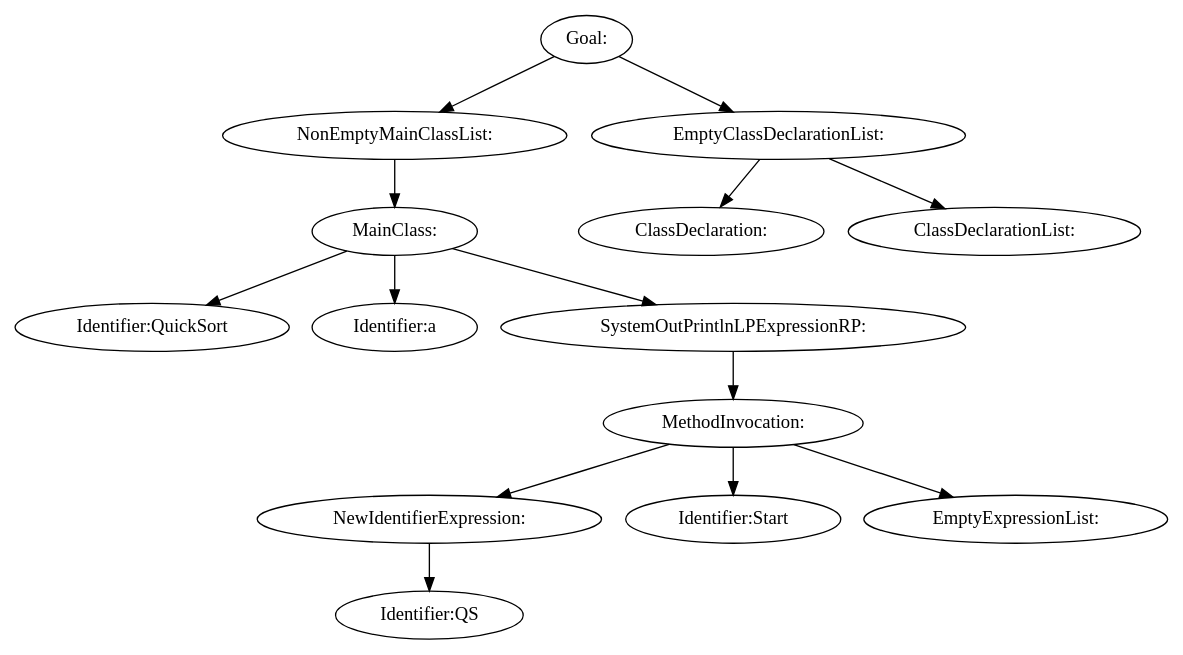
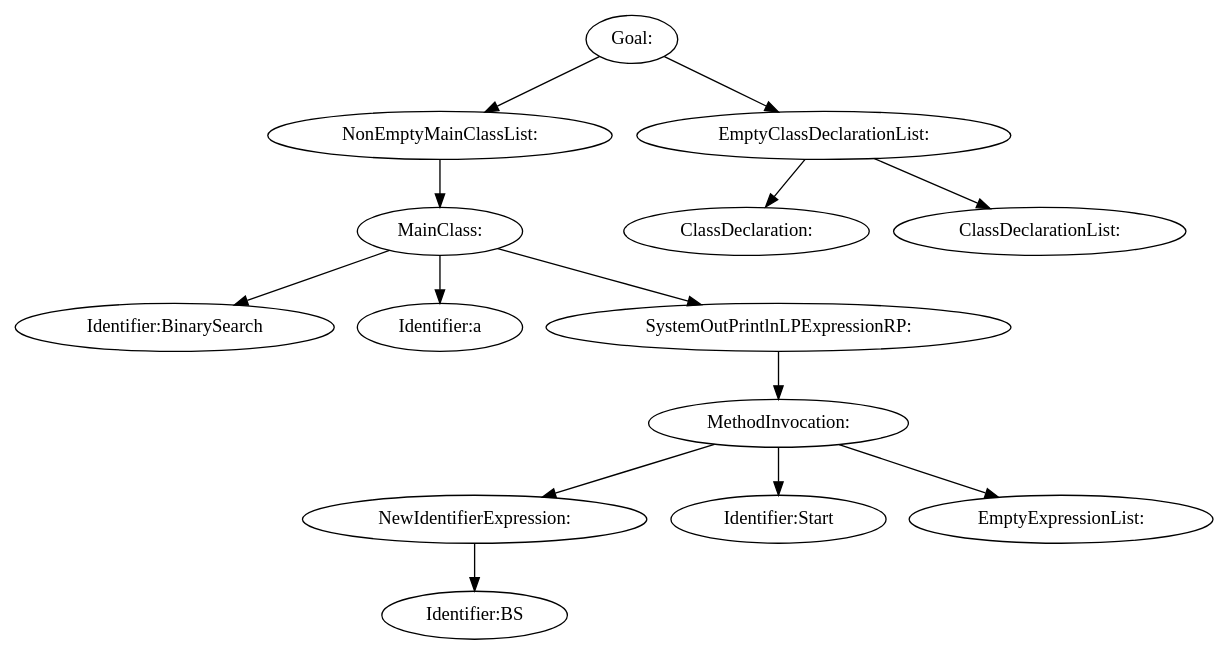
One commit to Kalbz/kompilator changed the diagram in tree.dot. Above: the diagram before and after it, drawn with Graphviz. The commit also changed 14 other files, not shown here.

```diff
--- a/tree.dot
+++ b/tree.dot
@@ -1,29 +1,29 @@
 digraph {
 n0 [label="Goal:"];
 n1 [label="NonEmptyMainClassList:"];
 n2 [label="MainClass:"];
-n3 [label="Identifier:QuickSort"];
+n3 [label="Identifier:BinarySearch"];
 n2 -> n3
 n4 [label="Identifier:a"];
 n2 -> n4
 n5 [label="SystemOutPrintlnLPExpressionRP:"];
 n6 [label="MethodInvocation:"];
 n7 [label="NewIdentifierExpression:"];
-n8 [label="Identifier:QS"];
+n8 [label="Identifier:BS"];
 n7 -> n8
 n6 -> n7
 n9 [label="Identifier:Start"];
 n6 -> n9
 n10 [label="EmptyExpressionList:"];
 n6 -> n10
 n5 -> n6
 n2 -> n5
 n1 -> n2
 n0 -> n1
 n11 [label="EmptyClassDeclarationList:"];
 n12 [label="ClassDeclaration:"];
 n11 -> n12
 n13 [label="ClassDeclarationList:"];
 n11 -> n13
 n0 -> n11
 }
```
